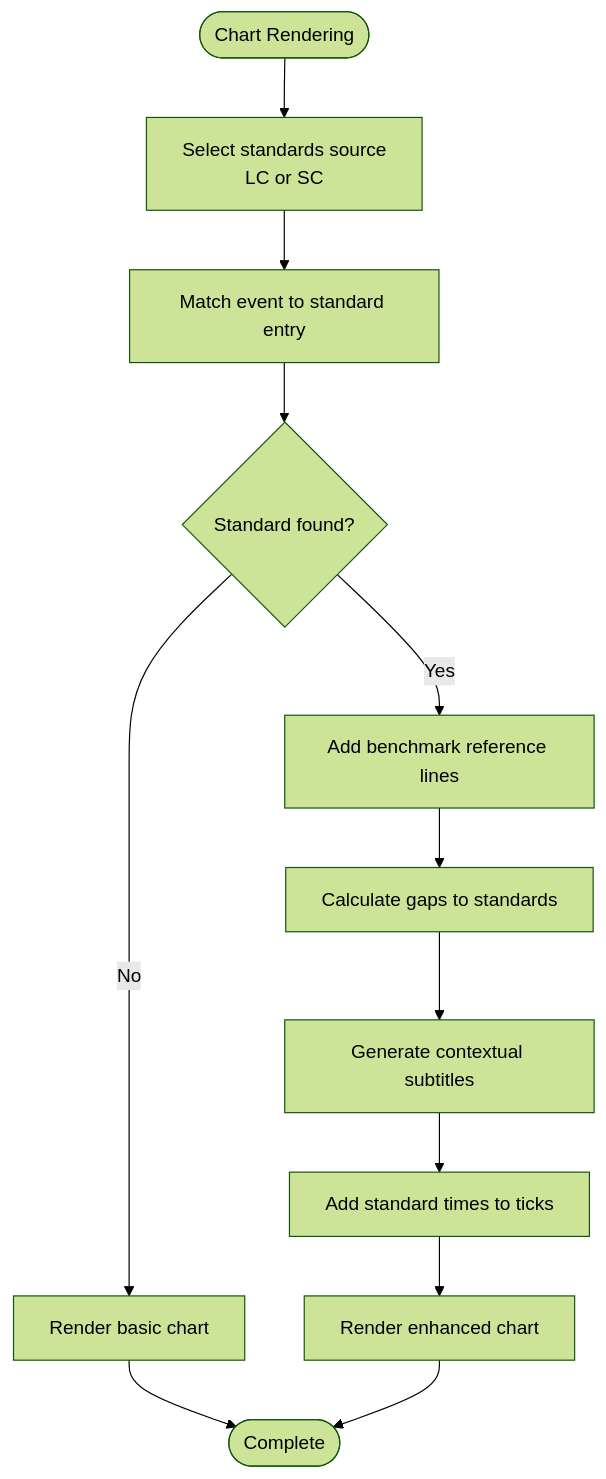
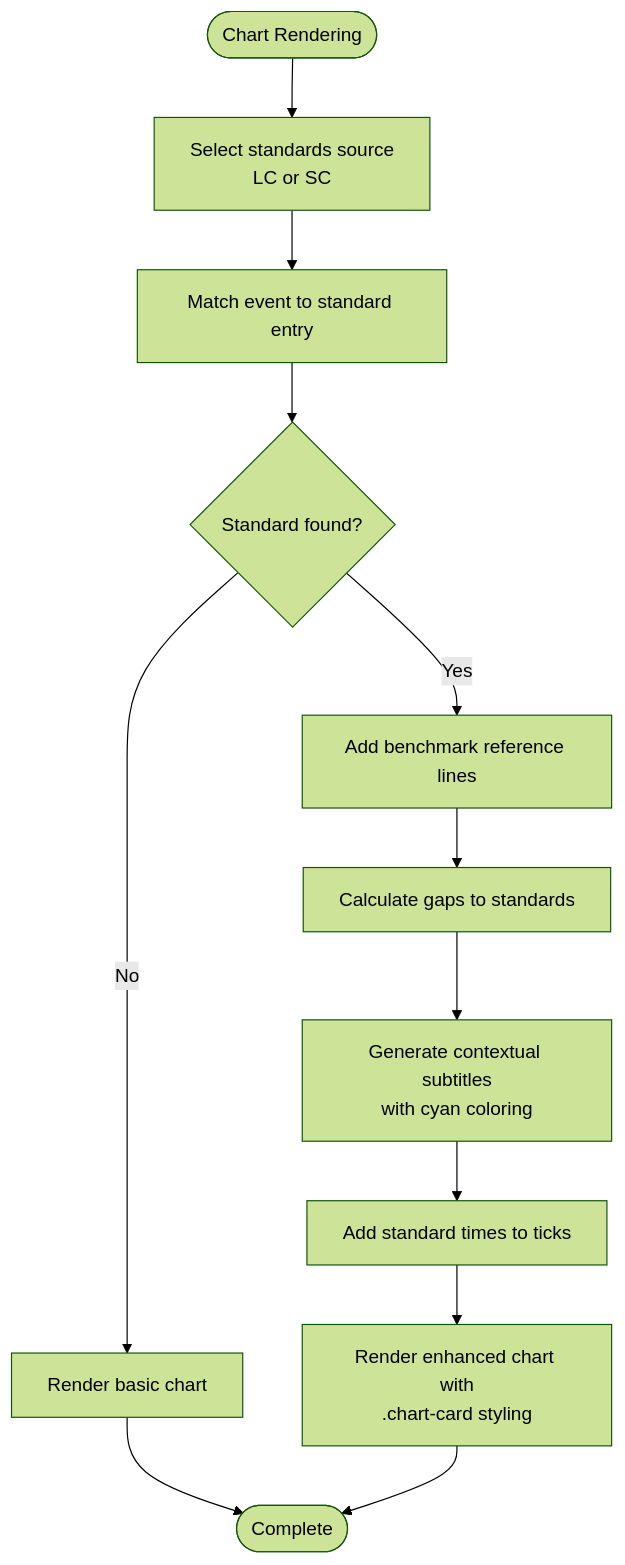
One commit to Johnny22056/SwimingStatus changed the seventh of 7 diagrams in .qoder/repowiki/en/content/Feature Modules/Analytics Engine.md. Above: the diagram before and after it, drawn with Mermaid (forest theme). The commit also changed other lines of this file and 4 other files, not shown here.

````diff
--- a/.qoder/repowiki/en/content/Feature Modules/Analytics Engine.md
+++ b/.qoder/repowiki/en/content/Feature Modules/Analytics Engine.md
@@ -431,14 +497,14 @@
 ```mermaid
 flowchart TD
 Start([Chart Rendering]) --> GetStandards["Select standards source<br/>LC or SC"]
 GetStandards --> MatchEvent["Match event to standard entry"]
 MatchEvent --> HasStandards{"Standard found?"}
 HasStandards --> |No| BasicChart["Render basic chart"]
 HasStandards --> |Yes| AddRefLines["Add benchmark reference lines"]
 AddRefLines --> CalcGaps["Calculate gaps to standards"]
-CalcGaps --> GenerateSubtitles["Generate contextual subtitles"]
+CalcGaps --> GenerateSubtitles["Generate contextual subtitles<br/>with cyan coloring"]
 GenerateSubtitles --> EnhanceTicks["Add standard times to ticks"]
-EnhanceTicks --> FinalChart["Render enhanced chart"]
+EnhanceTicks --> FinalChart["Render enhanced chart with<br/>.chart-card styling"]
 BasicChart --> End([Complete])
 FinalChart --> End
 ```
````
